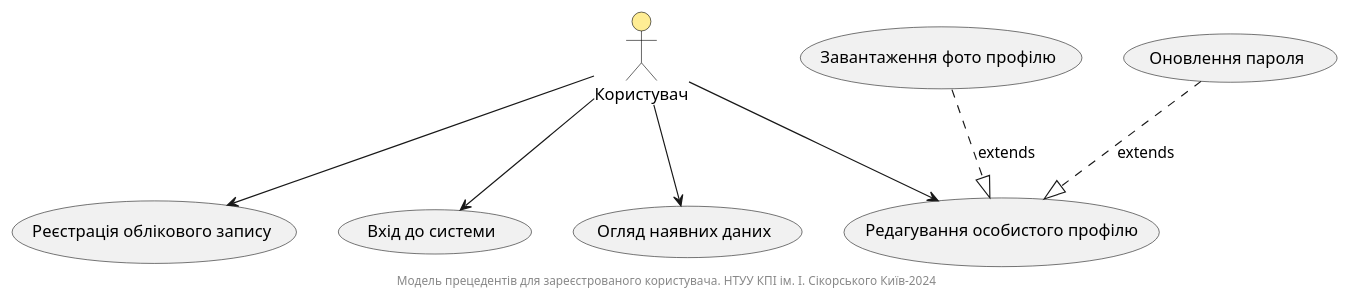
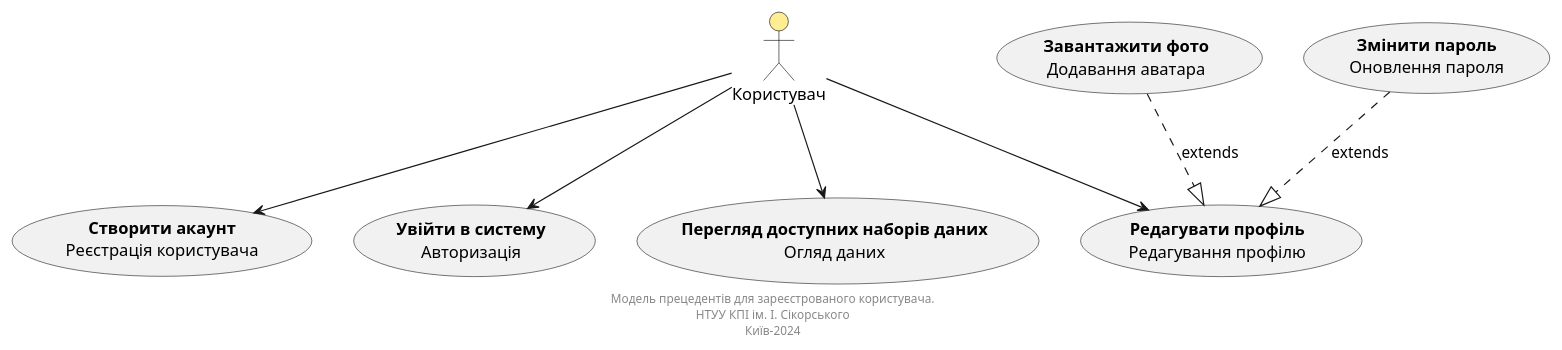
One commit to tyntyntynnnn/edu_db_labs changed the second of 14 diagrams in docs/use cases/README.md. Above: the diagram before and after it, drawn with PlantUML. The commit also changed other lines of this file, not shown here.

```diff
--- a/docs/use cases/README.md
+++ b/docs/use cases/README.md
@@ -81,35 +75,36 @@
 @startuml
 
-' Налаштування стилів акторів
 skinparam actor {
     BackgroundColor #ffed94
     BorderColor black
     FontColor black
 }
 
-actor "Користувач" as GeneralUser
+actor "Користувач" as RegisteredUser
 
-usecase "Реєстрація облікового запису" as UC_1.1 
-usecase "Вхід до системи" as UC_1.2
-usecase "Редагування особистого профілю" as UC_1.3
-usecase "Огляд наявних даних" as UC_1.4
+usecase "<b>Створити акаунт</b>\nРеєстрація користувача" as UC_1.1
+usecase "<b>Увійти в систему</b>\nАвторизація" as UC_1.2  
+usecase "<b>Редагувати профіль</b>\nРедагування профілю" as UC_1.3
+usecase "<b>Перегляд доступних наборів даних</b>\nОгляд даних" as UC_1.4
 
-' Дочірні прецеденти для "Редагування особистого профілю"
-usecase "Завантаження фото профілю" as UC_1.3.1
-usecase "Оновлення пароля" as UC_1.3.2
+' Дочірні варіанти використання для "Редагувати профіль"
+usecase "<b>Завантажити фото</b>\nДодавання аватара" as UC_1.3.1
+usecase "<b>Змінити пароль</b>\nОновлення пароля" as UC_1.3.2
 
-' Взаємозв’язки між "Користувачем" та основними функціями
-GeneralUser --> UC_1.1
-GeneralUser --> UC_1.2
-GeneralUser --> UC_1.3
-GeneralUser --> UC_1.4
+' Зв'язки між "Користувач" і основними прецедентами
+RegisteredUser --> UC_1.1
+RegisteredUser --> UC_1.2
+RegisteredUser --> UC_1.3
+RegisteredUser --> UC_1.4
 
-' Розширення для процесу "Редагування особистого профілю"
+' Зв'язки "extends" для підпроцесів у прецеденті "Редагувати профіль"
 UC_1.3.1 ..|> UC_1.3 : extends
 UC_1.3.2 ..|> UC_1.3 : extends
 
 footer
- Модель прецедентів для зареєстрованого користувача. НТУУ КПІ ім. І. Сікорського Київ-2024
+    Модель прецедентів для зареєстрованого користувача.
+    НТУУ КПІ ім. І. Сікорського
+    Київ-2024
 endfooter
 
 @enduml
```
